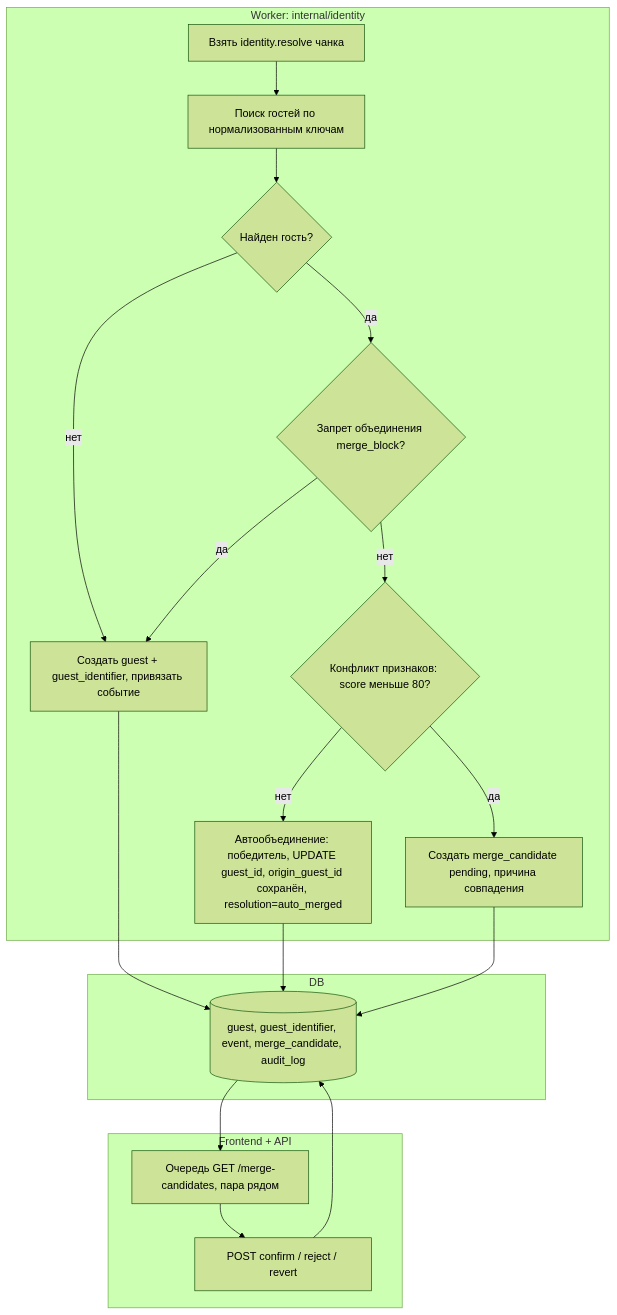
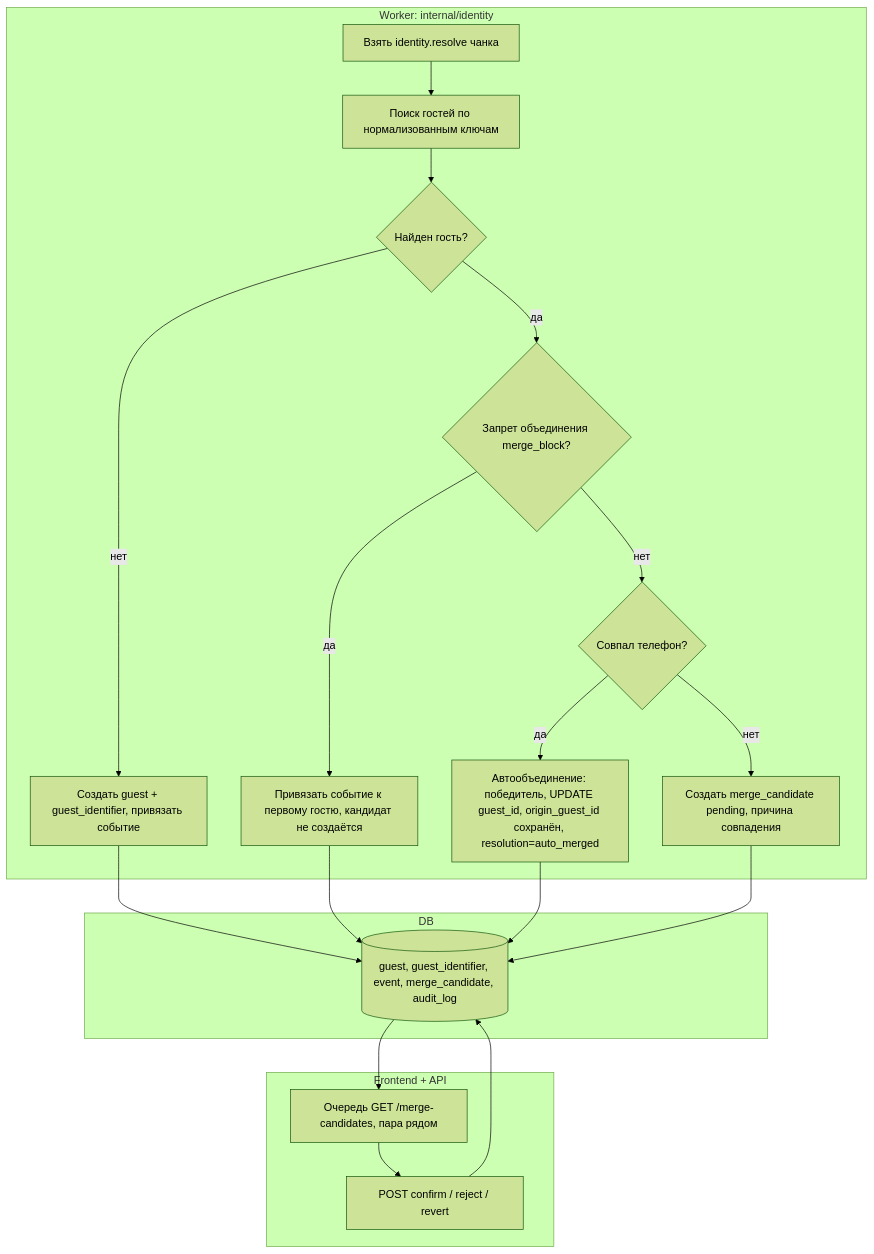
One commit to MangriMen/UCRP changed the third of 6 diagrams in docs/design/08-activity-diagrams.md. Above: the diagram before and after it, drawn with Mermaid (forest theme). The commit also changed other lines of this file and 195 other files, not shown here.

````diff
--- a/docs/design/08-activity-diagrams.md
+++ b/docs/design/08-activity-diagrams.md
@@ -76,28 +69,29 @@
 ```mermaid
 flowchart TB
   subgraph WK["Worker: internal/identity"]
     W1["Взять identity.resolve чанка"]
     W2["Поиск гостей по нормализованным ключам"]
     W3{"Найден гость?"}
     W4["Создать guest + guest_identifier, привязать событие"]
     W5{"Запрет объединения merge_block?"}
-    W6{"Конфликт признаков: score меньше 80?"}
+    W9["Привязать событие к первому гостю, кандидат не создаётся"]
+    W6{"Совпал телефон?"}
     W7["Автообъединение: победитель, UPDATE guest_id, origin_guest_id сохранён, resolution=auto_merged"]
     W8["Создать merge_candidate pending, причина совпадения"]
   end
   subgraph DB["DB"]
     D1[("guest, guest_identifier, event, merge_candidate, audit_log")]
   end
   subgraph FE["Frontend + API"]
     F1["Очередь GET /merge-candidates, пара рядом"]
     F2["POST confirm / reject / revert"]
   end
   W1 --> W2 --> W3
   W3 -- нет --> W4 --> D1
   W3 -- да --> W5
-  W5 -- да --> W4
+  W5 -- да --> W9 --> D1
   W5 -- нет --> W6
-  W6 -- нет --> W7 --> D1
-  W6 -- да --> W8 --> D1
+  W6 -- да --> W7 --> D1
+  W6 -- нет --> W8 --> D1
   D1 --> F1 --> F2 --> D1
 ```
````
